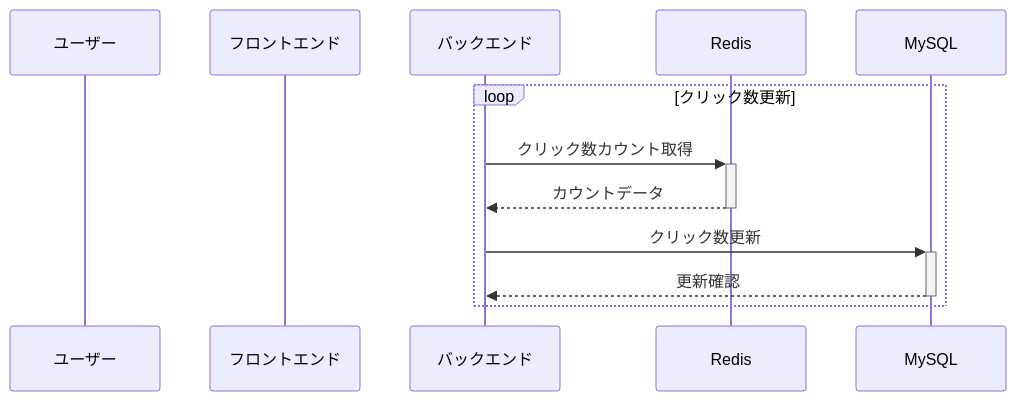
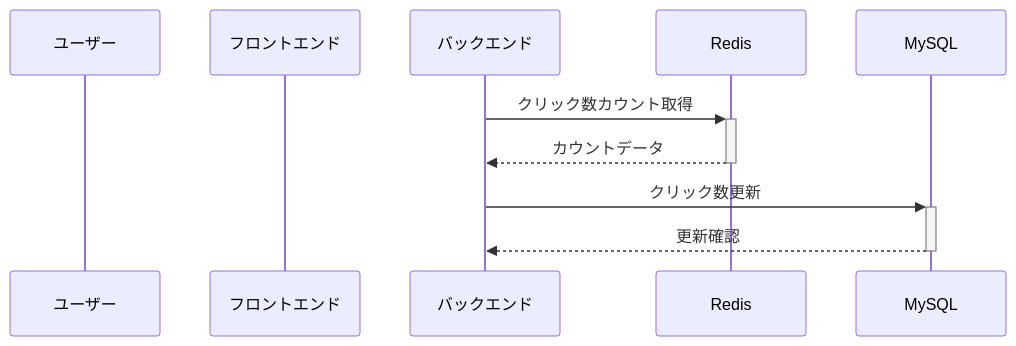
Before and after one commit to playpark-llc/kazoeru-kun: the second of 3 diagrams in README.md, drawn with Mermaid.

Commit message:
docs: ✏️ README.md
remove loop

````diff
--- a/README.md
+++ b/README.md
@@ -77,16 +77,13 @@
 ```mermaid
 sequenceDiagram
     participant User as ユーザー
     participant Frontend as フロントエンド
     participant Backend as バックエンド
     participant Redis as Redis
     participant MySQL as MySQL
 
-
-    loop クリック数更新
-        Backend->>+Redis: クリック数カウント取得
-        Redis-->>-Backend: カウントデータ
-        Backend->>+MySQL: クリック数更新
-        MySQL-->>-Backend: 更新確認
-    end
+    Backend->>+Redis: クリック数カウント取得
+    Redis-->>-Backend: カウントデータ
+    Backend->>+MySQL: クリック数更新
+    MySQL-->>-Backend: 更新確認
 ```
````
